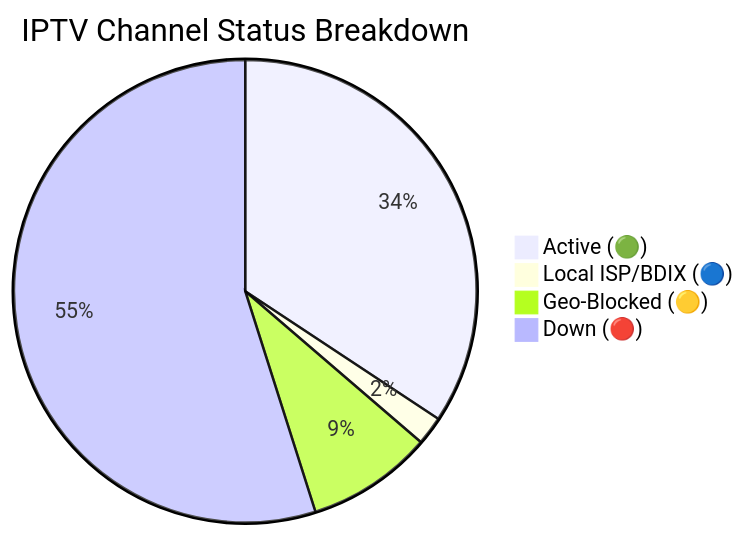
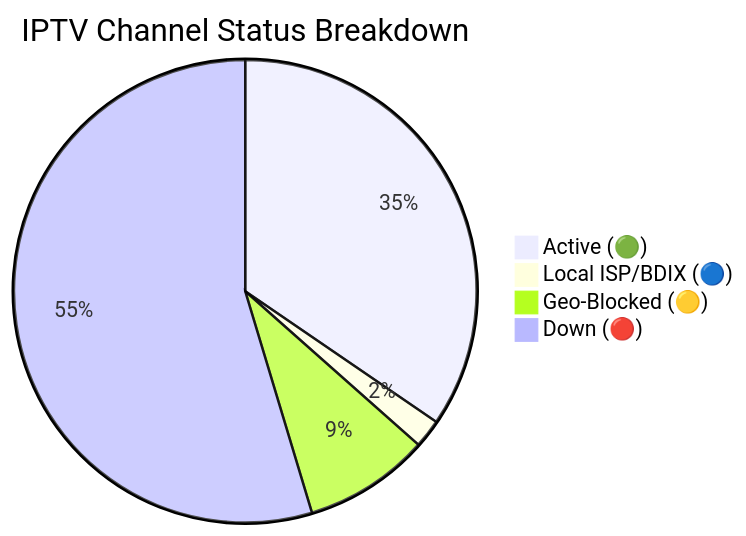
One commit to andreataylord/Ip-tv-Collection changed the diagram in README.md. Above: the diagram before and after it, drawn with Mermaid. The commit also changed other lines of this file and 1 other file, not shown here.

Commit message:
docs(readme): auto-update daily channel status chart

````diff
--- a/README.md
+++ b/README.md
@@ -59,7 +59,7 @@
 ```mermaid
 pie title IPTV Channel Status Breakdown
-    "Active (🟢)" : 2199
+    "Active (🟢)" : 2215
     "Local ISP/BDIX (🔵)" : 128
     "Geo-Blocked (🟡)" : 564
-    "Down (🔴)" : 3520
+    "Down (🔴)" : 3504
 ```
````
